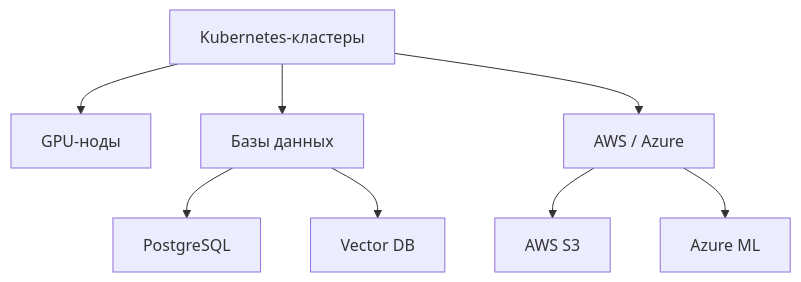
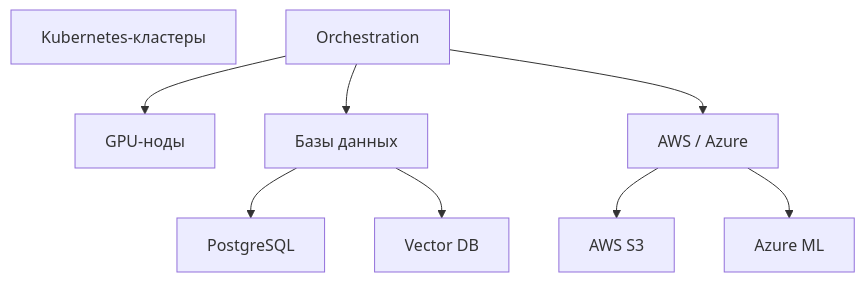
One commit to kat-spb/JustTests changed the fifth of 9 diagrams in archi_presentation2.md. Above: the diagram before and after it, drawn with Mermaid. The commit also changed other lines of this file, not shown here.

````diff
--- a/archi_presentation2.md
+++ b/archi_presentation2.md
@@ -102,21 +104,21 @@
 ```mermaid
 graph TD
     Kubernetes[Kubernetes-кластеры]
     GPU[GPU-ноды]
     DB[Базы данных]
     PostgreSQL[PostgreSQL]
     VectorDB[Vector DB]
 
     Cloud[AWS / Azure]
     S3[AWS S3]
     AzureML[Azure ML]
 
-    Kubernetes --> GPU
-    Kubernetes --> DB
+    Orchestration --> GPU
+    Orchestration --> DB
     DB --> PostgreSQL
     DB --> VectorDB
 
     Cloud --> S3
     Cloud --> AzureML
-    Kubernetes --> Cloud
+    Orchestration --> Cloud
 ```
````
